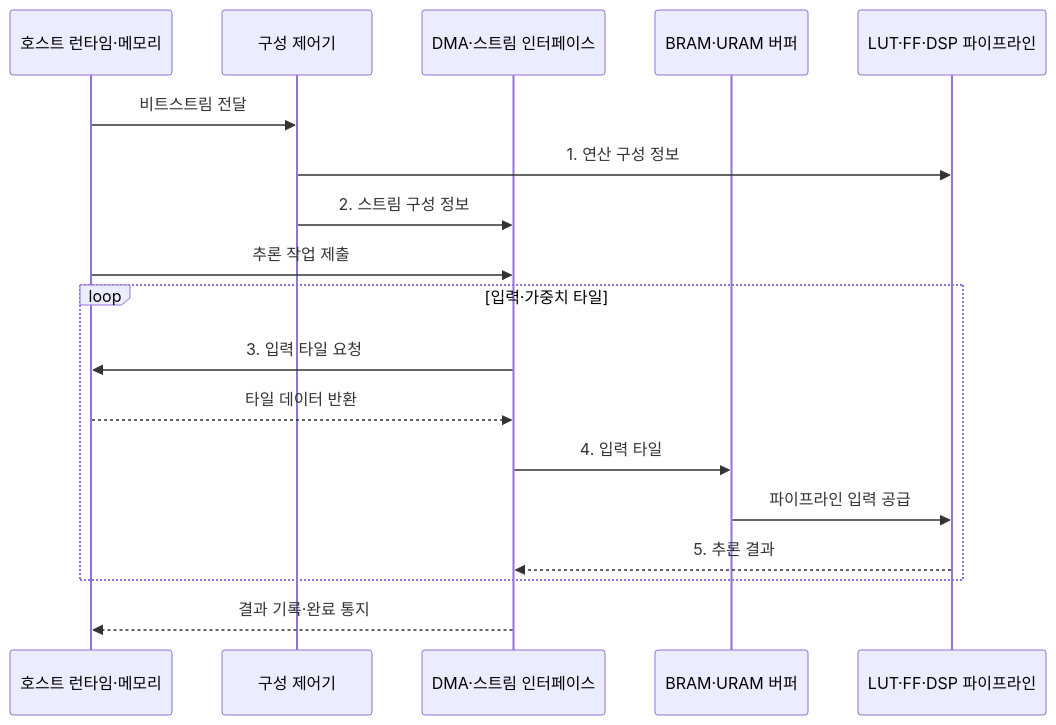
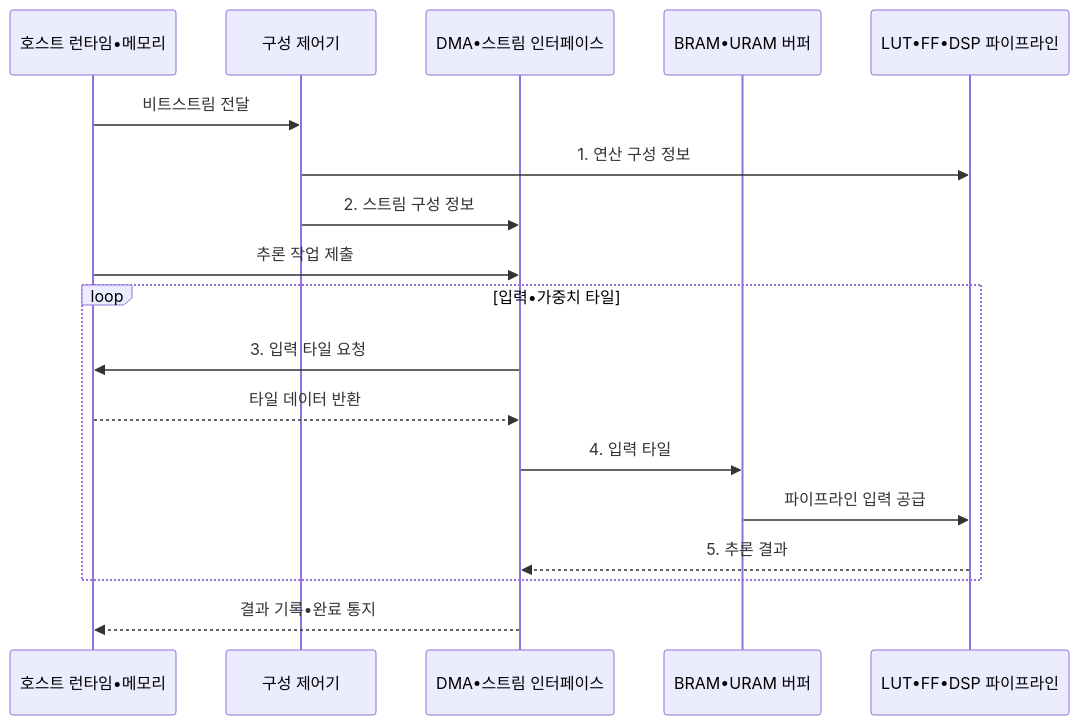
The second of 2 diagrams in src/content/docs/notes/02-hardware/039_fpga_ai_acceleration.md (agnusdei1207/knowledge-base), drawn with Mermaid before and after one commit. The commit also changed other lines of this file and 953 other files, not shown here.

````diff
--- a/src/content/docs/notes/02-hardware/039_fpga_ai_acceleration.md
+++ b/src/content/docs/notes/02-hardware/039_fpga_ai_acceleration.md
@@ -107,21 +107,21 @@
 ```mermaid
 sequenceDiagram
-    participant H as 호스트 런타임·메모리
+    participant H as 호스트 런타임•메모리
     participant C as 구성 제어기
-    participant D as DMA·스트림 인터페이스
-    participant B as BRAM·URAM 버퍼
-    participant P as LUT·FF·DSP 파이프라인
+    participant D as DMA•스트림 인터페이스
+    participant B as BRAM•URAM 버퍼
+    participant P as LUT•FF•DSP 파이프라인
 
     H->>C: 비트스트림 전달
     C->>P: 1. 연산 구성 정보
     C->>D: 2. 스트림 구성 정보
     H->>D: 추론 작업 제출
-    loop 입력·가중치 타일
+    loop 입력•가중치 타일
         D->>H: 3. 입력 타일 요청
         H-->>D: 타일 데이터 반환
         D->>B: 4. 입력 타일
         B->>P: 파이프라인 입력 공급
         P-->>D: 5. 추론 결과
     end
-    D-->>H: 결과 기록·완료 통지
+    D-->>H: 결과 기록•완료 통지
 ```
````
